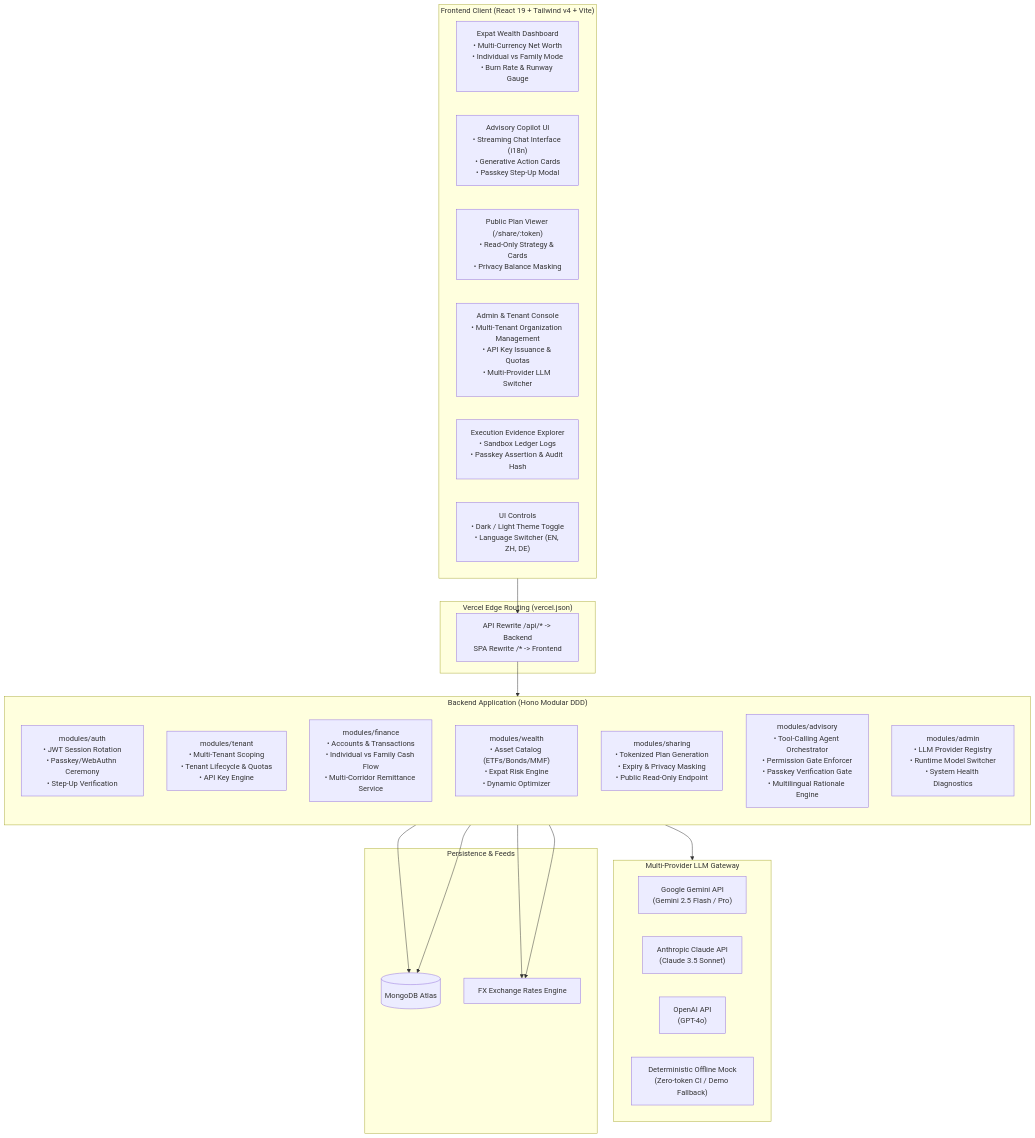
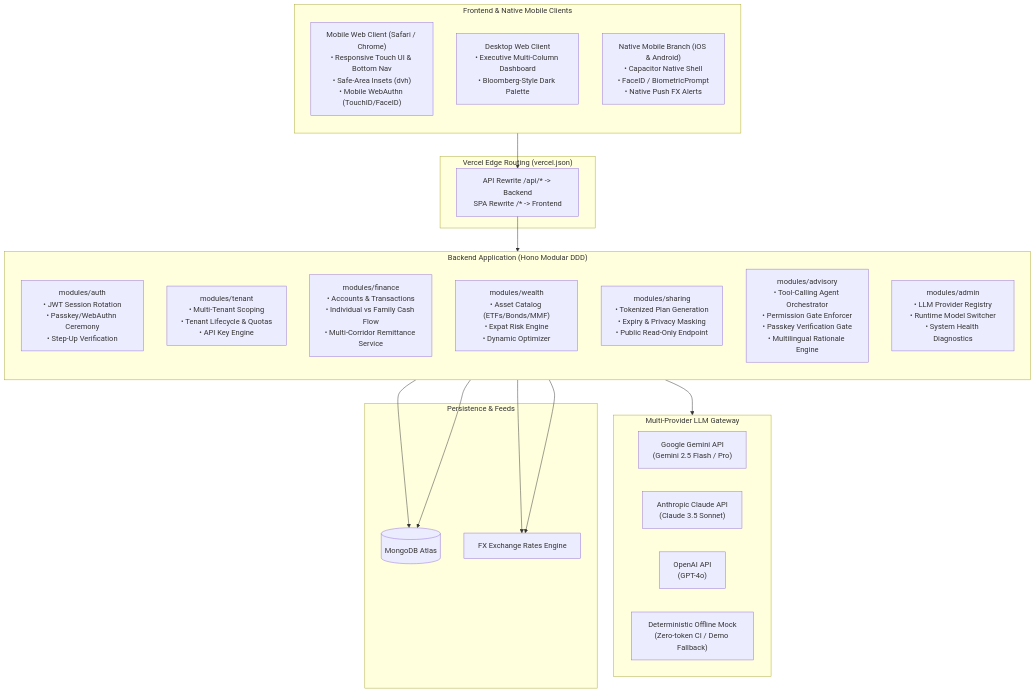
The first of 3 diagrams in IMPLEMENTATION_PLAN.md (Nikhil-Mundhra/Wealth-Advisor), drawn with Mermaid before and after one commit. The commit also changed other lines of this file, not shown here.

Commit message:
feat(plan): add mobile web viewport optimization and native android/ios deployment branch

````diff
--- a/IMPLEMENTATION_PLAN.md
+++ b/IMPLEMENTATION_PLAN.md
@@ -62,47 +62,45 @@
 ```mermaid
 flowchart TB
-    subgraph Client["Frontend Client (React 19 + Tailwind v4 + Vite)"]
-        Dashboard["Expat Wealth Dashboard\n• Multi-Currency Net Worth\n• Individual vs Family Mode\n• Burn Rate & Runway Gauge"]
-        Copilot["Advisory Copilot UI\n• Streaming Chat Interface (i18n)\n• Generative Action Cards\n• Passkey Step-Up Modal"]
-        ShareView["Public Plan Viewer (/share/:token)\n• Read-Only Strategy & Cards\n• Privacy Balance Masking"]
-        AdminUI["Admin & Tenant Console\n• Multi-Tenant Organization Management\n• API Key Issuance & Quotas\n• Multi-Provider LLM Switcher"]
-        Evidence["Execution Evidence Explorer\n• Sandbox Ledger Logs\n• Passkey Assertion & Audit Hash"]
-        UIControls["UI Controls\n• Dark / Light Theme Toggle\n• Language Switcher (EN, ZH, DE)"]
+    subgraph Clients["Frontend & Native Mobile Clients"]
+        direction TB
+        MobileWeb["Mobile Web Client (Safari / Chrome)\n• Responsive Touch UI & Bottom Nav\n• Safe-Area Insets (dvh)\n• Mobile WebAuthn (TouchID/FaceID)"]
+        DesktopWeb["Desktop Web Client\n• Executive Multi-Column Dashboard\n• Bloomberg-Style Dark Palette"]
+        NativeApps["Native Mobile Branch (iOS & Android)\n• Capacitor Native Shell\n• FaceID / BiometricPrompt\n• Native Push FX Alerts"]
     end
 
     subgraph Edge["Vercel Edge Routing (vercel.json)"]
         EdgeRoute["API Rewrite /api/* -> Backend\nSPA Rewrite /* -> Frontend"]
     end
 
     subgraph Backend["Backend Application (Hono Modular DDD)"]
         direction TB
         AuthMod["modules/auth\n• JWT Session Rotation\n• Passkey/WebAuthn Ceremony\n• Step-Up Verification"]
         TenantMod["modules/tenant\n• Multi-Tenant Scoping\n• Tenant Lifecycle & Quotas\n• API Key Engine"]
         FinanceMod["modules/finance\n• Accounts & Transactions\n• Individual vs Family Cash Flow\n• Multi-Corridor Remittance Service"]
         WealthMod["modules/wealth\n• Asset Catalog (ETFs/Bonds/MMF)\n• Expat Risk Engine\n• Dynamic Optimizer"]
         ShareMod["modules/sharing\n• Tokenized Plan Generation\n• Expiry & Privacy Masking\n• Public Read-Only Endpoint"]
         AdvisMod["modules/advisory\n• Tool-Calling Agent Orchestrator\n• Permission Gate Enforcer\n• Passkey Verification Gate\n• Multilingual Rationale Engine"]
         AdminMod["modules/admin\n• LLM Provider Registry\n• Runtime Model Switcher\n• System Health Diagnostics"]
     end
 
     subgraph LLMProviders["Multi-Provider LLM Gateway"]
         direction LR
         Gemini["Google Gemini API\n(Gemini 2.5 Flash / Pro)"]
         Claude["Anthropic Claude API\n(Claude 3.5 Sonnet)"]
         OpenAI["OpenAI API\n(GPT-4o)"]
         MockLLM["Deterministic Offline Mock\n(Zero-token CI / Demo Fallback)"]
     end
 
     subgraph Data["Persistence & Feeds"]
         Mongo[(MongoDB Atlas)]
         FX["FX Exchange Rates Engine"]
     end
 
-    Client --> EdgeRoute
+    Clients --> EdgeRoute
     EdgeRoute --> Backend
     Backend --> Mongo
     AdvisMod --> LLMProviders
     FinanceMod --> FX
     WealthMod --> FX
     ShareMod --> Mongo
 ```
````
